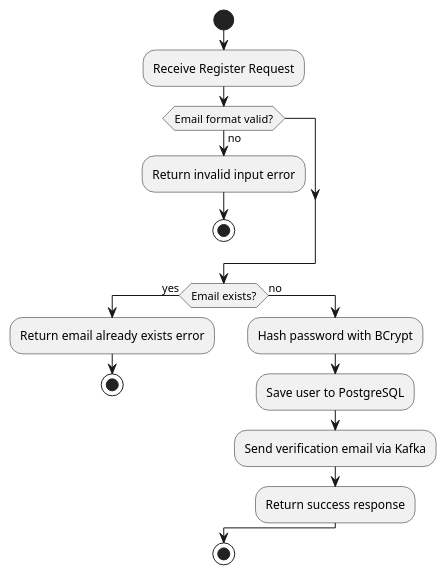
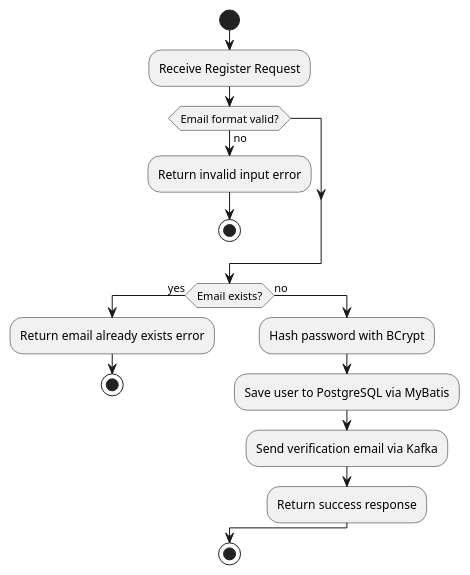
One commit to hutaoying/auth-demo changed the third of 12 diagrams in doc/Technical Design Document.md. Above: the diagram before and after it, drawn with PlantUML. The commit also changed other lines of this file and 25 other files, not shown here.

````diff
--- a/doc/Technical Design Document.md
+++ b/doc/Technical Design Document.md
@@ -71,20 +80,20 @@
 ```plantuml
 @startuml
 start
 :Receive Register Request;
 if (Email format valid?) then (no)
     :Return invalid input error;
     stop
 endif
 if (Email exists?) then (yes)
     :Return email already exists error;
     stop
 else (no)
     :Hash password with BCrypt;
-    :Save user to PostgreSQL;
+    :Save user to PostgreSQL via MyBatis;
     :Send verification email via Kafka;
     :Return success response;
 endif
 stop
 @enduml
 ```
````
